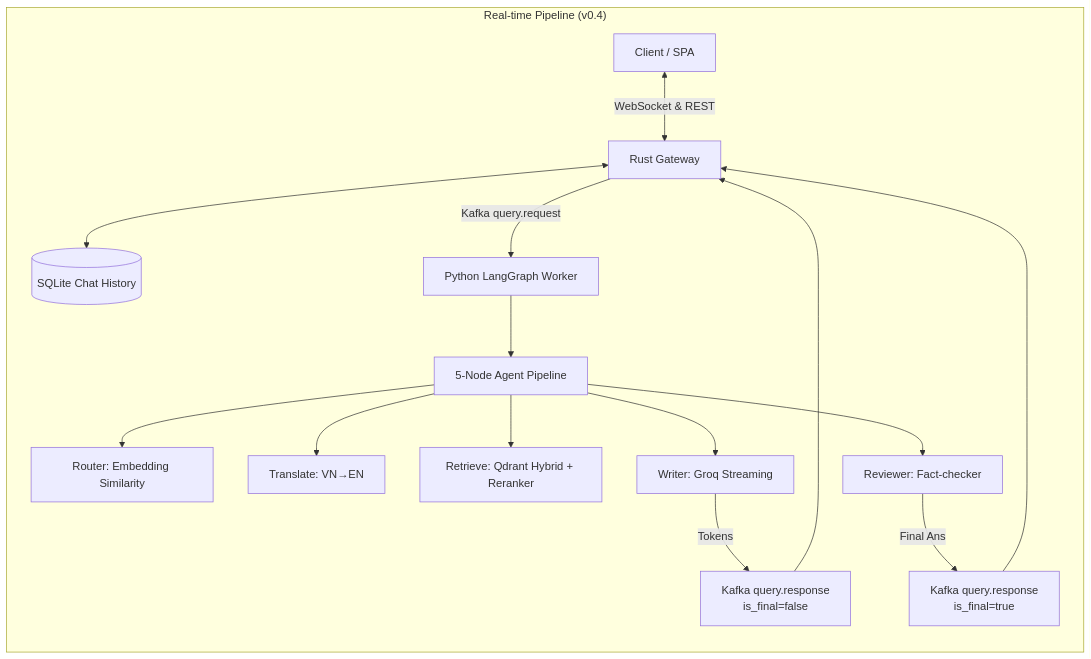
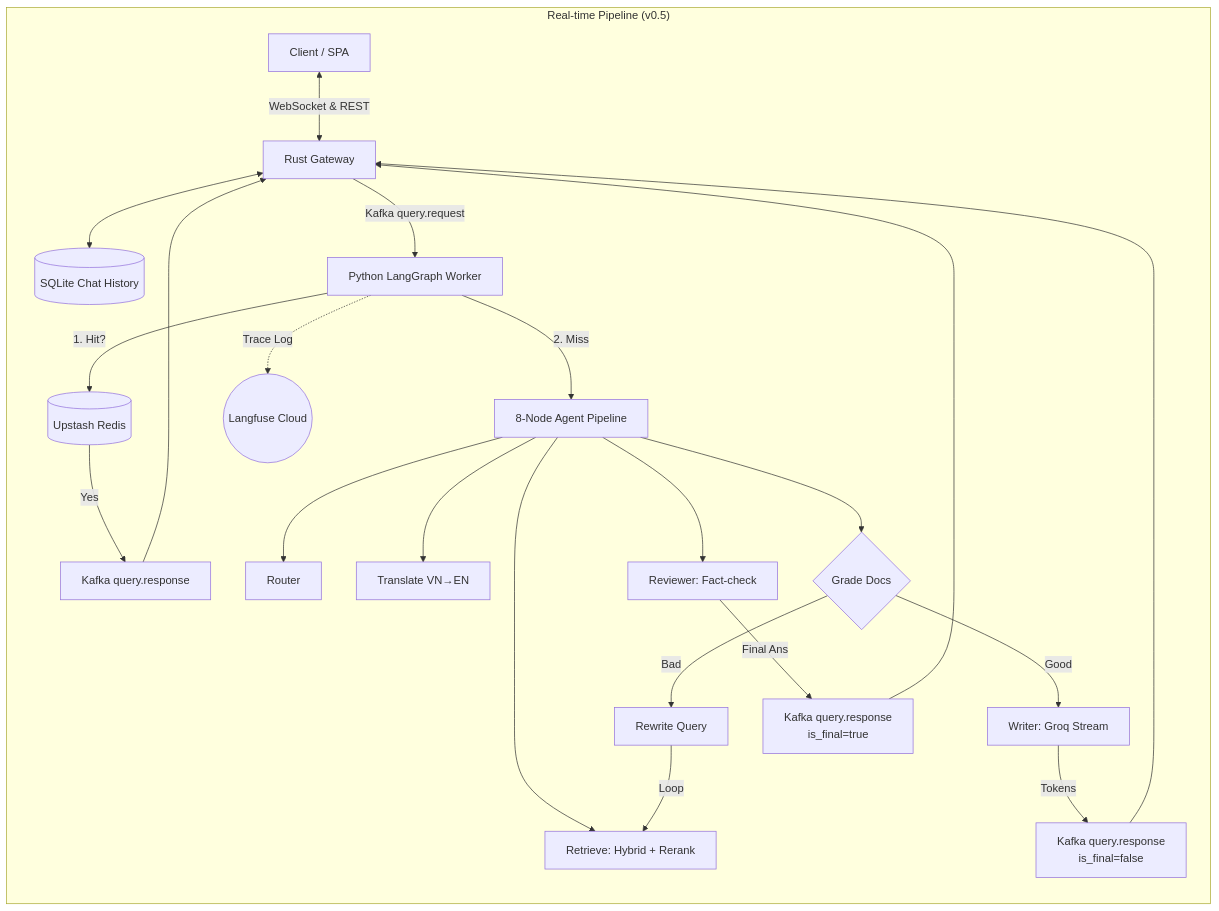
One commit to Thanh281105/rag-system changed the diagram in README.md. Above: the diagram before and after it, drawn with Mermaid. The commit also changed other lines of this file and 13 other files, not shown here.

Commit message:
feat: integrate redis and langfuse

````diff
--- a/README.md
+++ b/README.md
@@ -20,23 +20,33 @@
 ```mermaid
 graph LR
-    subgraph "Real-time Pipeline (v0.4)"
+    subgraph "Real-time Pipeline (v0.5)"
         DB[(SQLite Chat History)]
         C[Client / SPA] <-->|WebSocket & REST| R[Rust Gateway]
         R <--> DB
         
         R -->|Kafka query.request| QW[Python LangGraph Worker]
-        QW --> G[5-Node Agent Pipeline]
         
-        G --> R1[Router: Embedding Similarity]
-        G --> T[Translate: VN→EN]
-        G --> RET[Retrieve: Qdrant Hybrid + Reranker]
-        G --> W[Writer: Groq Streaming]
-        G --> REV[Reviewer: Fact-checker]
+        QW -->|1. Hit?| CACHE[(Upstash Redis)]
+        CACHE -->|Yes| KS[Kafka query.response]
         
-        W -->|Tokens| KS[Kafka query.response<br/>is_final=false]
+        QW -->|2. Miss| G[8-Node Agent Pipeline]
+        
+        G --> R1[Router]
+        G --> T[Translate VN→EN]
+        G --> RET[Retrieve: Hybrid + Rerank]
+        G --> GRD{Grade Docs}
+        GRD -->|Bad| RW[Rewrite Query]
+        RW -->|Loop| RET
+        GRD -->|Good| W[Writer: Groq Stream]
+        G --> REV[Reviewer: Fact-check]
+        
+        W -->|Tokens| KS2[Kafka query.response<br/>is_final=false]
         REV -->|Final Ans| KF[Kafka query.response<br/>is_final=true]
         
+        KS2 --> R
+        KF --> R
         KS --> R
-        KF --> R
+        
+        QW -.->|Trace Log| LF((Langfuse Cloud))
     end
 ```
````
